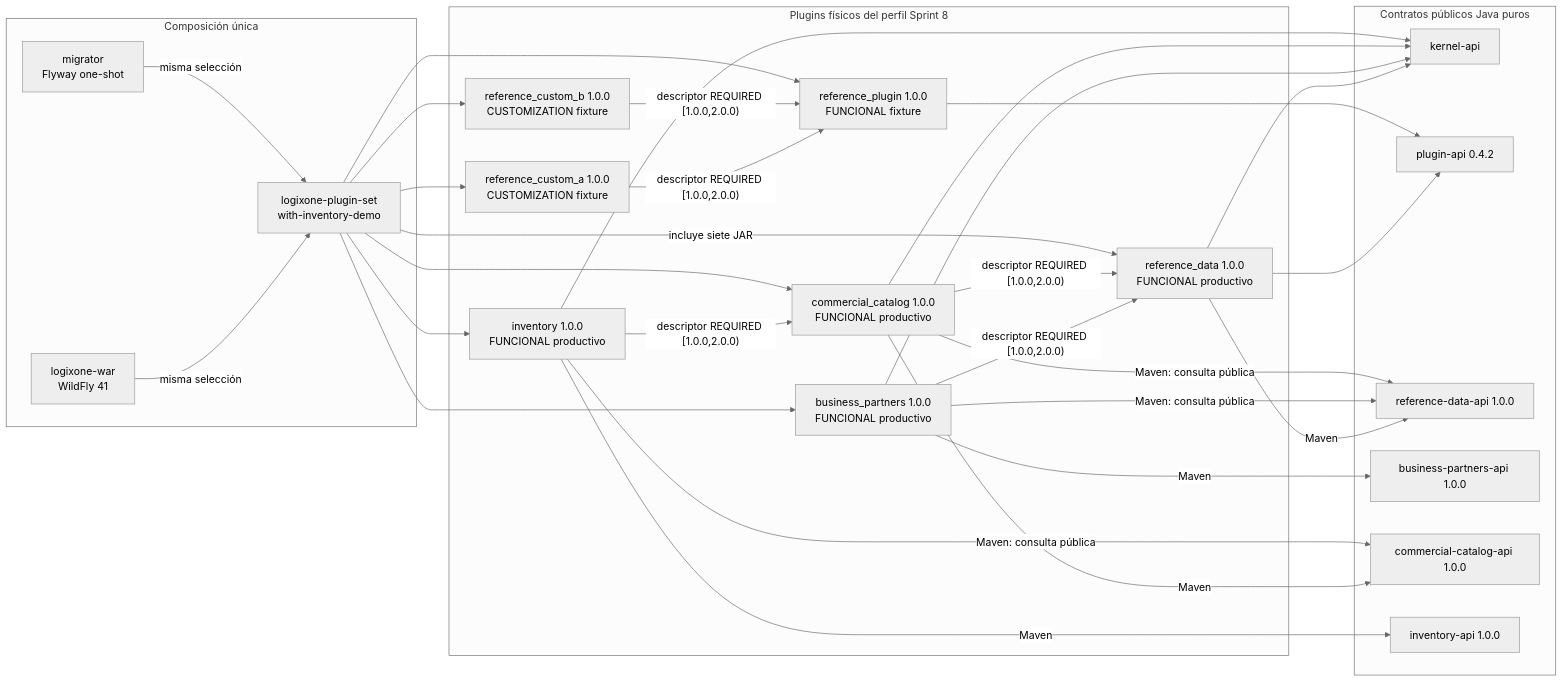
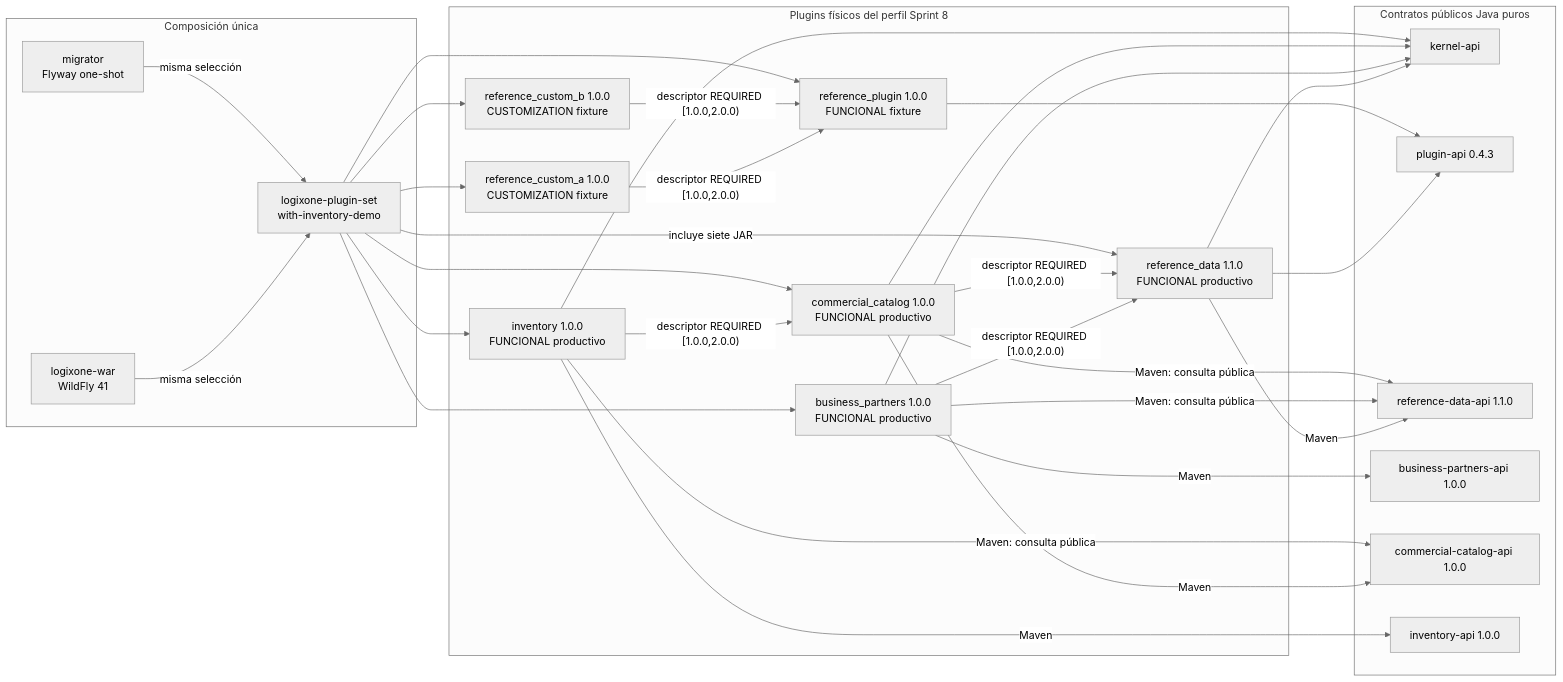
One commit to desarrollo02/smart-erp changed the diagram in docs/sprints/sprint-08/estructura-plugins-y-dependencias.md. Above: the diagram before and after it, drawn with Mermaid (neutral theme). The commit also changed other lines of this file and 153 other files, not shown here.

Commit message:
feat: complete reference data and Sprint 8 closure

````diff
--- a/docs/sprints/sprint-08/estructura-plugins-y-dependencias.md
+++ b/docs/sprints/sprint-08/estructura-plugins-y-dependencias.md
@@ -28,56 +28,56 @@
 ```mermaid
 flowchart LR
     subgraph contracts["Contratos públicos Java puros"]
         kernelApi["kernel-api"]
-        pluginApi["plugin-api 0.4.2"]
-        referenceDataApi["reference-data-api 1.0.0"]
+        pluginApi["plugin-api 0.4.3"]
+        referenceDataApi["reference-data-api 1.1.0"]
         bpApi["business-partners-api 1.0.0"]
         catalogApi["commercial-catalog-api 1.0.0"]
         inventoryApi["inventory-api 1.0.0"]
     end
 
     subgraph runtime["Plugins físicos del perfil Sprint 8"]
-        referenceData["reference_data 1.0.0\nFUNCIONAL productivo"]
+        referenceData["reference_data 1.1.0\nFUNCIONAL productivo"]
         bp["business_partners 1.0.0\nFUNCIONAL productivo"]
         catalog["commercial_catalog 1.0.0\nFUNCIONAL productivo"]
         inventory["inventory 1.0.0\nFUNCIONAL productivo"]
         reference["reference_plugin 1.0.0\nFUNCIONAL fixture"]
         customA["reference_custom_a 1.0.0\nCUSTOMIZATION fixture"]
         customB["reference_custom_b 1.0.0\nCUSTOMIZATION fixture"]
     end
 
     subgraph delivery["Composición única"]
         pluginSet["logixone-plugin-set\nwith-inventory-demo"]
         war["logixone-war\nWildFly 41"]
         migrator["migrator\nFlyway one-shot"]
     end
 
     referenceData -->|Maven| referenceDataApi
     bp -->|Maven| bpApi
     bp -->|Maven: consulta pública| referenceDataApi
     bp -->|"descriptor REQUIRED [1.0.0,2.0.0)"| referenceData
     catalog -->|Maven| catalogApi
     catalog -->|Maven: consulta pública| referenceDataApi
     catalog -->|"descriptor REQUIRED [1.0.0,2.0.0)"| referenceData
     inventory -->|Maven| inventoryApi
     inventory -->|Maven: consulta pública| catalogApi
     inventory -->|"descriptor REQUIRED [1.0.0,2.0.0)"| catalog
     customA -->|"descriptor REQUIRED [1.0.0,2.0.0)"| reference
     customB -->|"descriptor REQUIRED [1.0.0,2.0.0)"| reference
     referenceData --> kernelApi
     referenceData --> pluginApi
     bp --> kernelApi
     catalog --> kernelApi
     inventory --> kernelApi
     reference --> pluginApi
 
     pluginSet -->|incluye siete JAR| referenceData
     pluginSet --> bp
     pluginSet --> catalog
     pluginSet --> inventory
     pluginSet --> reference
     pluginSet --> customA
     pluginSet --> customB
     war -->|misma selección| pluginSet
     migrator -->|misma selección| pluginSet
 ```
````
